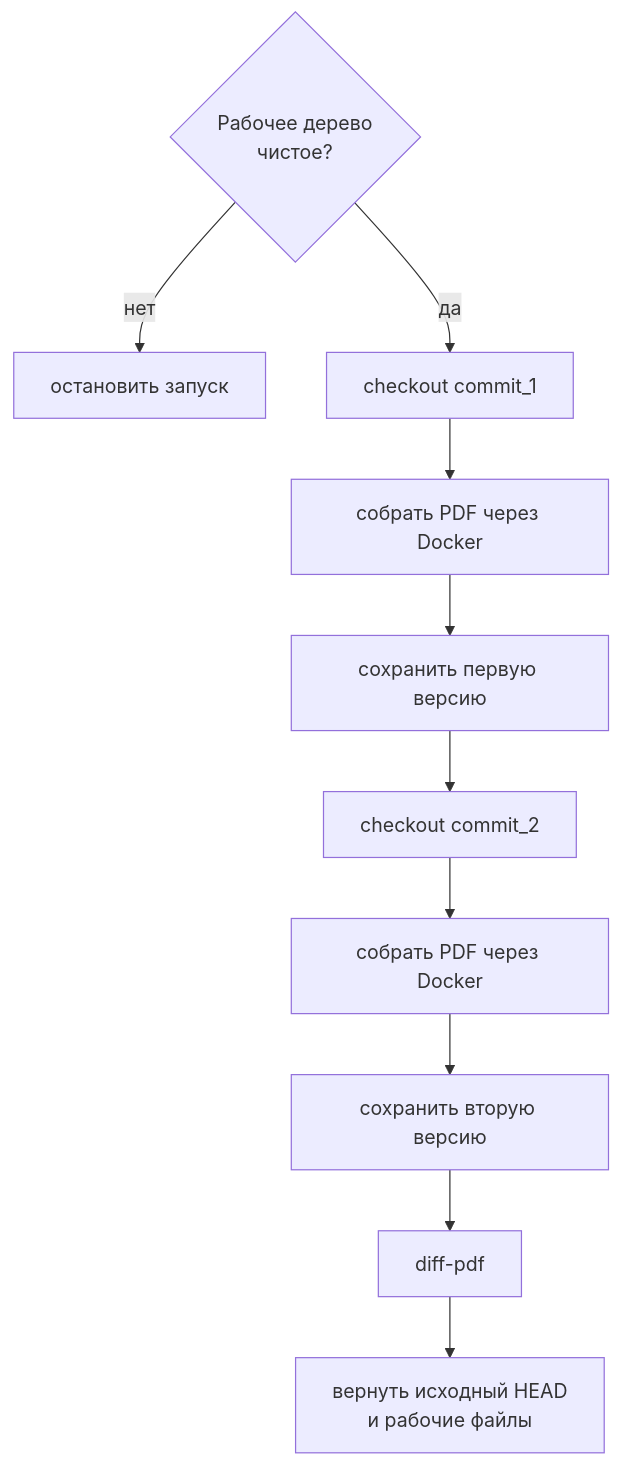
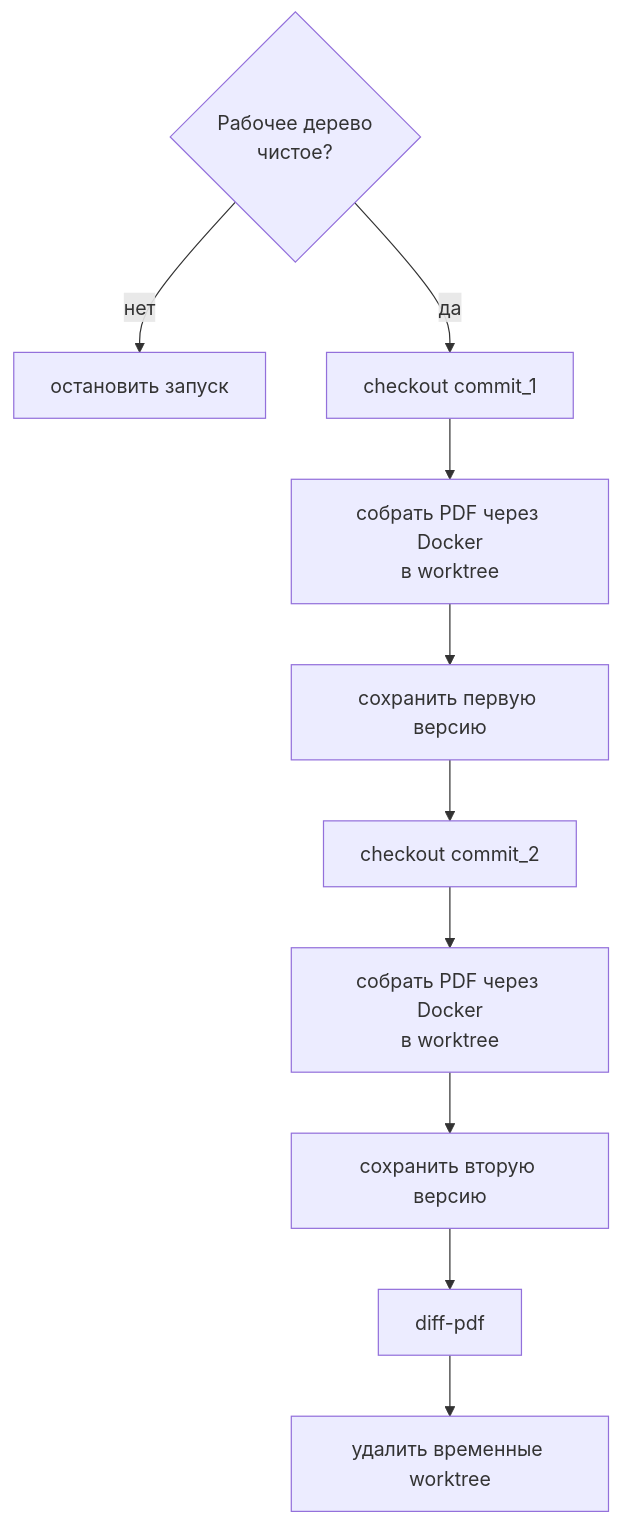
Before and after one commit to ethercod3/latex_thesis_template: the first of 2 diagrams in docs/ru/pdf-diff.md, drawn with Mermaid. The commit also changed other lines of this file and 12 other files, not shown here.

Commit message:
feat: migrate from diff pdf script to diff pdf package

````diff
--- a/docs/ru/pdf-diff.md
+++ b/docs/ru/pdf-diff.md
@@ -31,13 +31,13 @@
 ```mermaid
 flowchart TD
     CLEAN{"Рабочее дерево<br/>чистое?"}
     CLEAN -->|"нет"| STOP["остановить запуск"]
     CLEAN -->|"да"| A["checkout commit_1"]
-    A --> BUILD_A["собрать PDF через Docker"]
+    A --> BUILD_A["собрать PDF через Docker<br/>в worktree"]
     BUILD_A --> SAVE_A["сохранить первую версию"]
     SAVE_A --> B["checkout commit_2"]
-    B --> BUILD_B["собрать PDF через Docker"]
+    B --> BUILD_B["собрать PDF через Docker<br/>в worktree"]
     BUILD_B --> SAVE_B["сохранить вторую версию"]
     SAVE_B --> DIFF["diff-pdf"]
-    DIFF --> RESTORE["вернуть исходный HEAD<br/>и рабочие файлы"]
+    DIFF --> CLEANUP["удалить временные worktree"]
 ```
````
